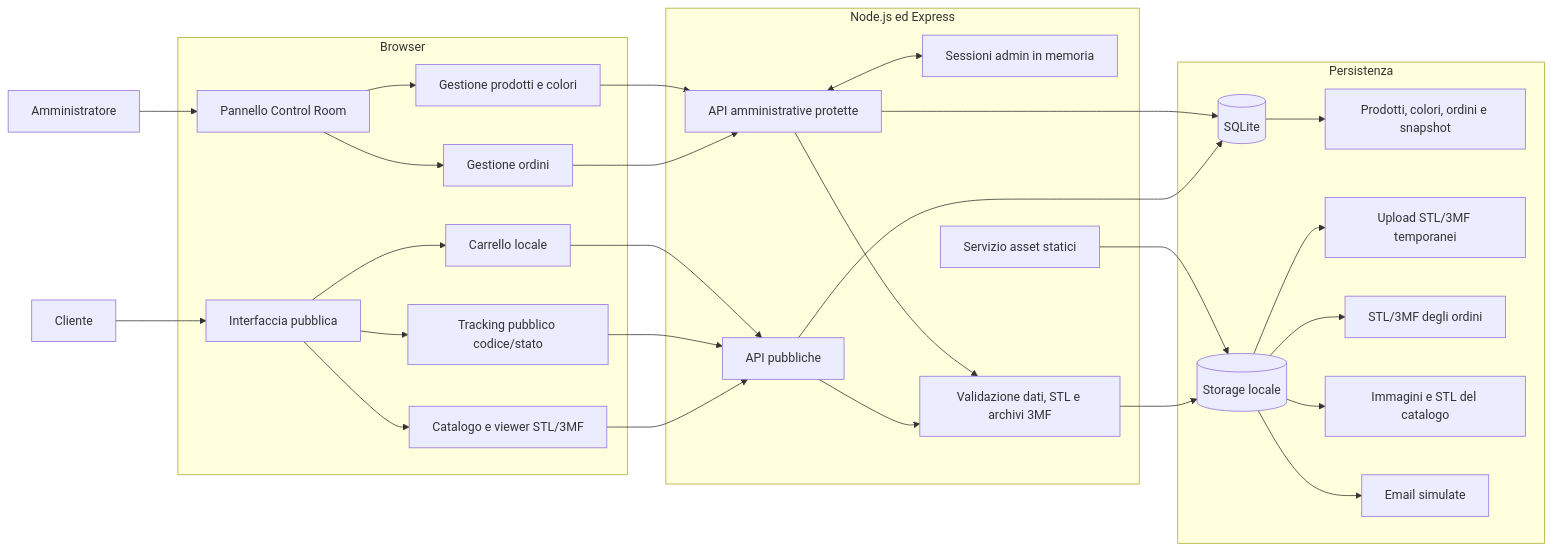
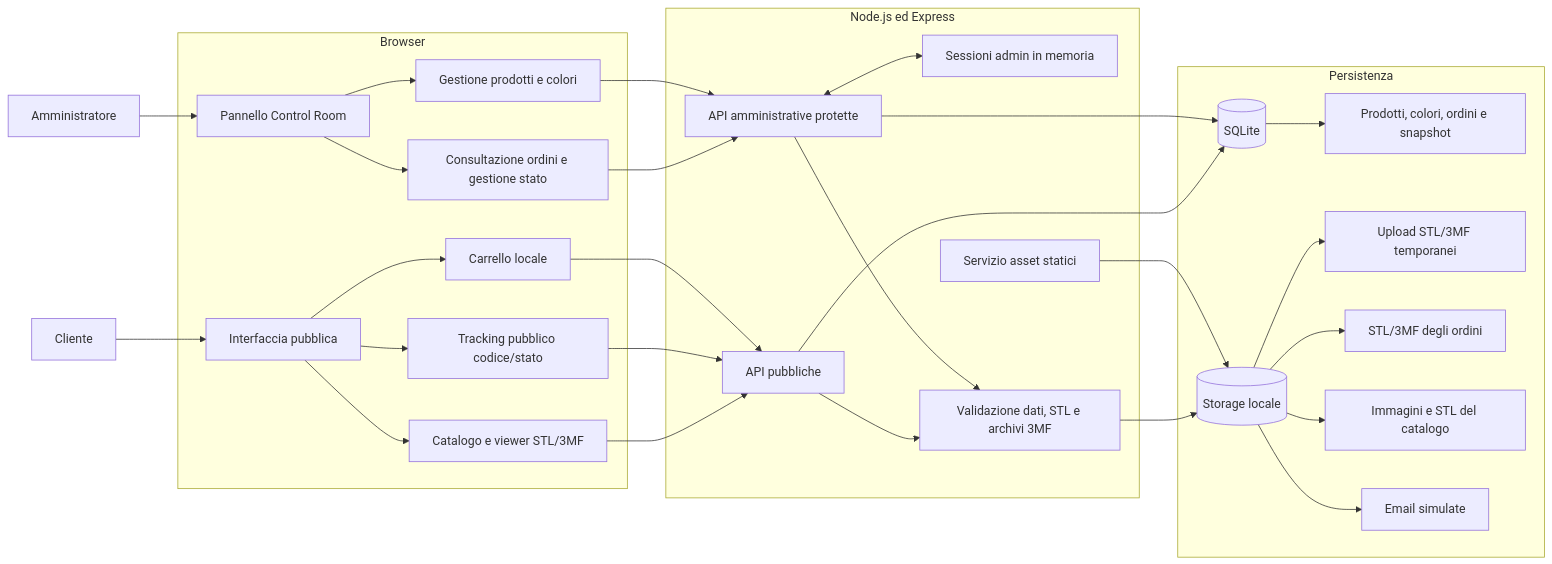
One commit to Moffoletta/pixel-print-lab changed the first of 4 diagrams in docs/ARCHITETTURA.md. Above: the diagram before and after it, drawn with Mermaid. The commit also changed other lines of this file and 9 other files, not shown here.

````diff
--- a/docs/ARCHITETTURA.md
+++ b/docs/ARCHITETTURA.md
@@ -15,48 +15,48 @@
 ```mermaid
 flowchart LR
   Cliente[Cliente]
   Admin[Amministratore]
 
   subgraph Browser
     Pubblica[Interfaccia pubblica]
     Pannello[Pannello Control Room]
     Pubblica --> CatalogoUI[Catalogo e viewer STL/3MF]
     Pubblica --> TrackingUI[Tracking pubblico codice/stato]
     Pubblica --> Carrello[Carrello locale]
-    Pannello --> OrdiniUI[Gestione ordini]
+    Pannello --> OrdiniUI[Consultazione ordini e gestione stato]
     Pannello --> CatalogoAdmin[Gestione prodotti e colori]
   end
 
   subgraph Server[Node.js ed Express]
     API[API pubbliche]
     APIAdmin[API amministrative protette]
     Sessioni[Sessioni admin in memoria]
     Validazione[Validazione dati, STL e archivi 3MF]
     Asset[Servizio asset statici]
     APIAdmin <--> Sessioni
     API --> Validazione
     APIAdmin --> Validazione
   end
 
   subgraph Persistenza
     DB[(SQLite)]
     Storage[(Storage locale)]
     DB --> Tabelle[Prodotti, colori, ordini e snapshot]
     Storage --> Upload[Upload STL/3MF temporanei]
     Storage --> FileOrdini[STL/3MF degli ordini]
     Storage --> FileCatalogo[Immagini e STL del catalogo]
     Storage --> Email[Email simulate]
   end
 
   Cliente --> Pubblica
   Admin --> Pannello
   CatalogoUI --> API
   TrackingUI --> API
   Carrello --> API
   OrdiniUI --> APIAdmin
   CatalogoAdmin --> APIAdmin
   API --> DB
   APIAdmin --> DB
   Validazione --> Storage
   Asset --> Storage
 ```
````
